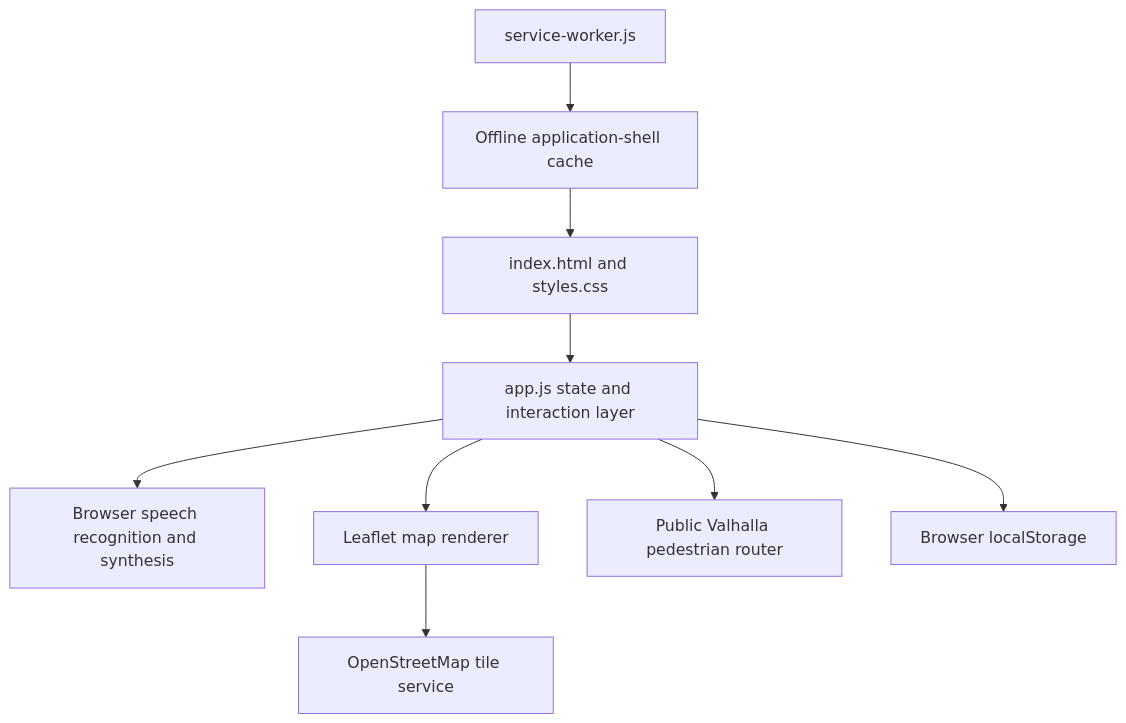
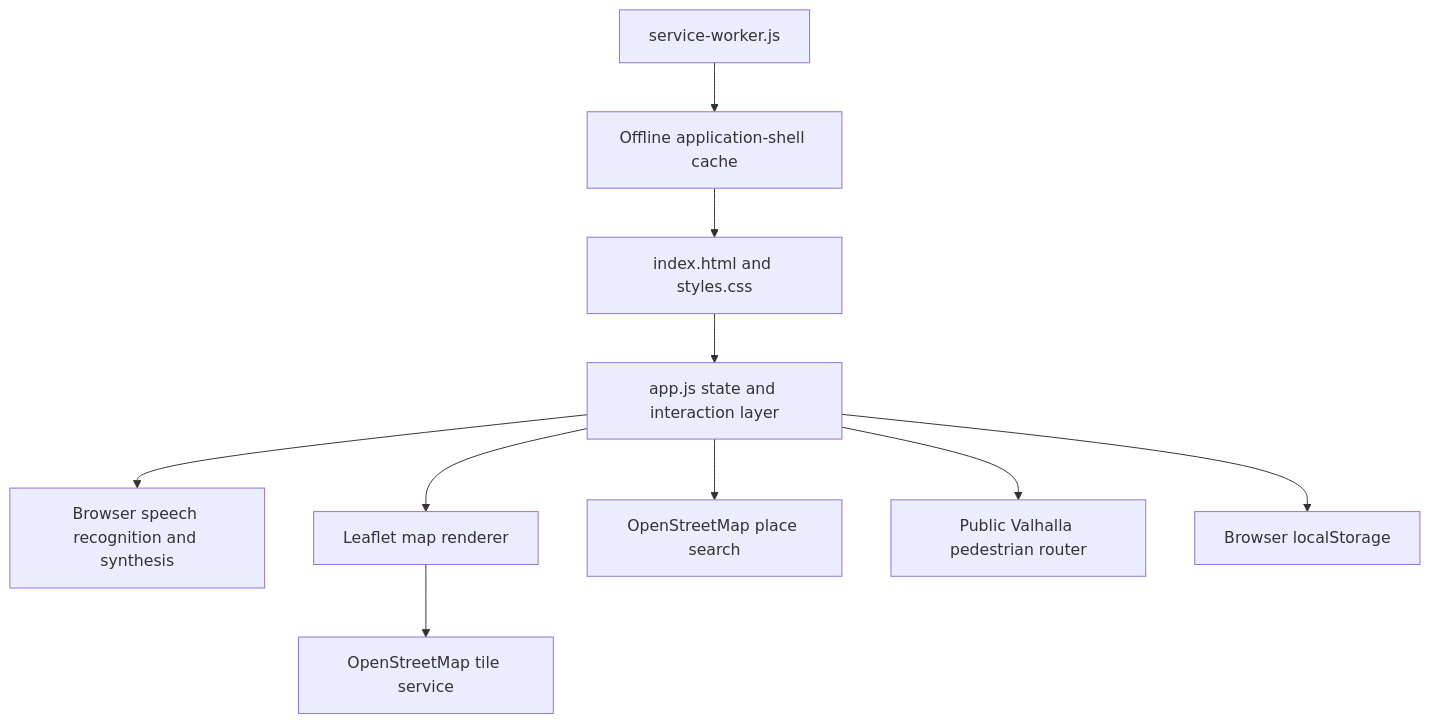
Before and after one commit to mightysimran/kidhr: the second of 2 diagrams in README.md, drawn with Mermaid. The commit also changed other lines of this file and 4 other files, not shown here.

Commit message:
feat: add dynamic place search and pedestrian routing (#1)

````diff
--- a/README.md
+++ b/README.md
@@ -151,11 +152,12 @@
 ```mermaid
 flowchart TB
     UI[index.html and styles.css] --> APP[app.js state and interaction layer]
     APP --> SPEECH[Browser speech recognition and synthesis]
     APP --> MAP[Leaflet map renderer]
     MAP --> TILES[OpenStreetMap tile service]
+    APP --> GEOCODER[OpenStreetMap place search]
     APP --> ROUTER[Public Valhalla pedestrian router]
     APP --> STORE[Browser localStorage]
     SW[service-worker.js] --> CACHE[Offline application-shell cache]
     CACHE --> UI
 ```
````
